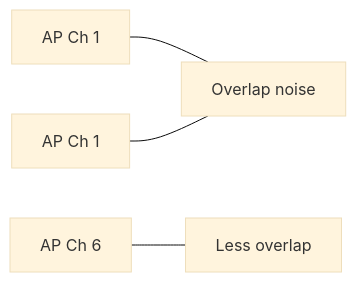
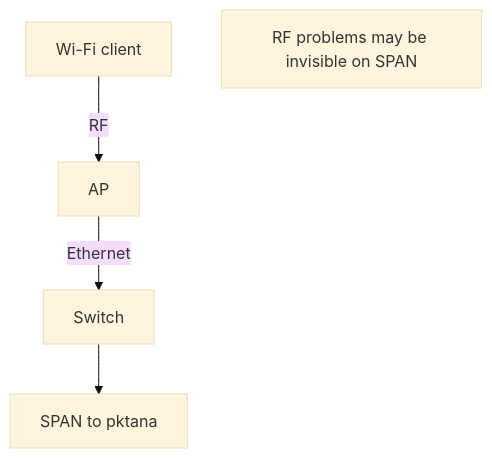
Before and after one commit to omnayak27199/pktana: the ninth of 10 diagrams in learning/09-wireless-networking.md, drawn with Mermaid (base theme). The commit also changed other lines of this file and 14 other files, not shown here.

````diff
--- a/learning/09-wireless-networking.md
+++ b/learning/09-wireless-networking.md
@@ -58,6 +282,7 @@
 ```mermaid
-flowchart LR
-  AP1[AP Ch 1] --- Overlap[Overlap noise]
-  AP2[AP Ch 1] --- Overlap
-  AP3[AP Ch 6] --- Clear[Less overlap]
+flowchart TB
+  Client[Wi-Fi client] -->|RF| AP[AP]
+  AP -->|Ethernet| SW[Switch]
+  SW --> SPAN[SPAN to pktana]
+  Note1[RF problems may be invisible on SPAN]
 ```
````
